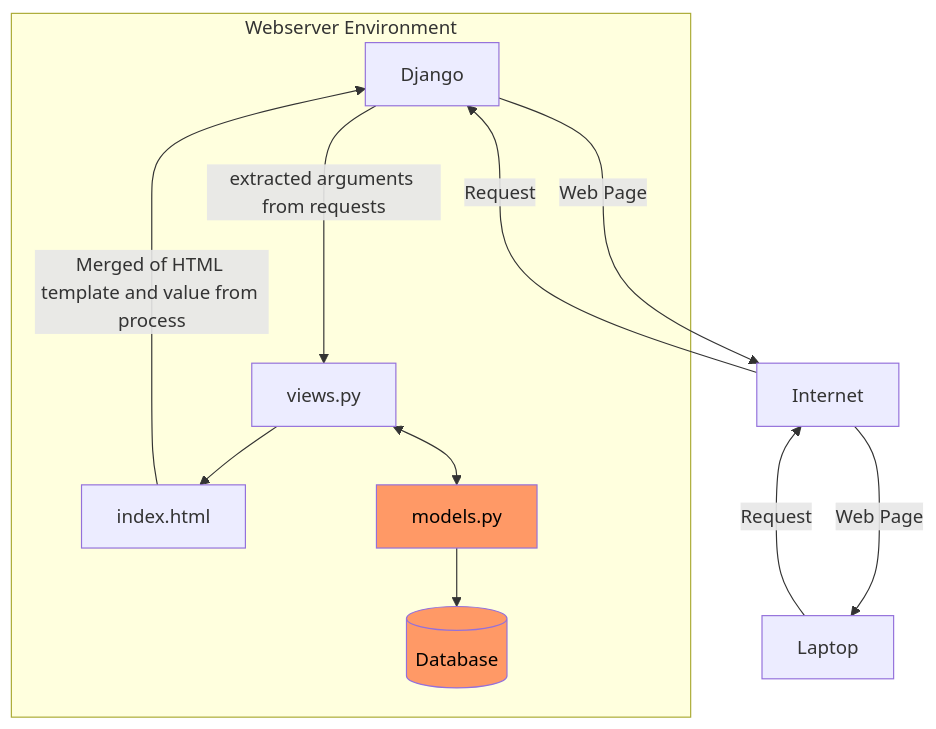
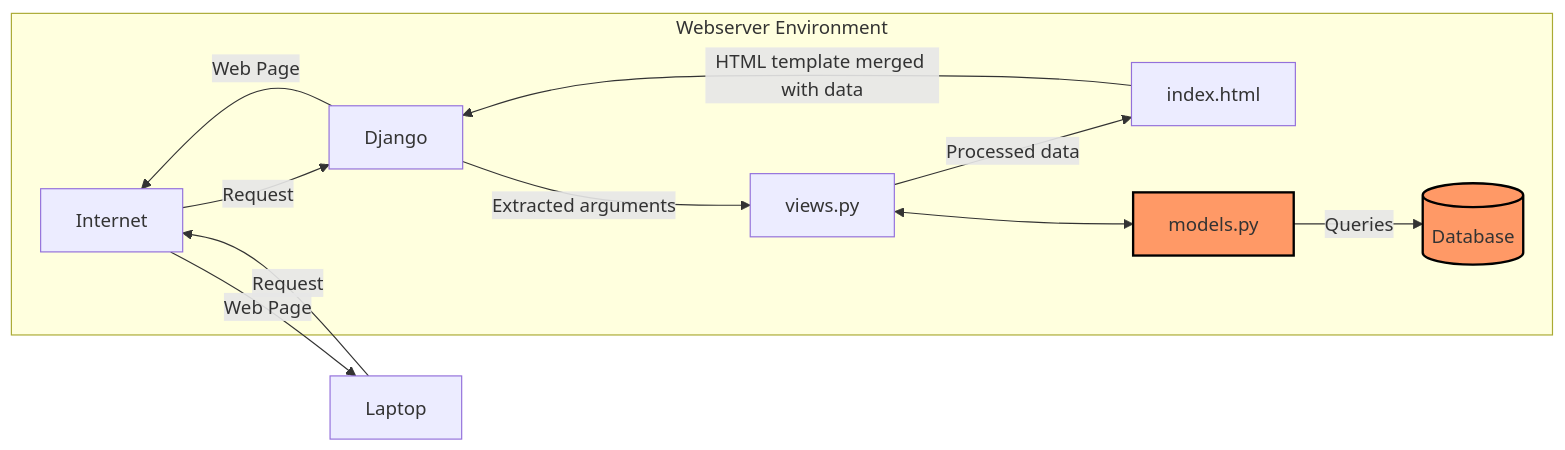
The diagram in README.md (AthallahD/amajon), drawn with Mermaid before and after one commit.

````diff
--- a/README.md
+++ b/README.md
@@ -137,17 +137,18 @@
 ```mermaid
-flowchart TD
-  subgraph Webserver Environment
-  Django -- extracted arguments from requests ---> views.py
-  views.py --> index.html
-  views.py <--> models.py:::database
-  models.py:::database --> DB[(Database)]:::database
-  index.html -- Merged of HTML template and value from process ---> Django
+flowchart LR
+  subgraph "Webserver Environment"
+    Internet -- Request --> Django
+    Django -- Extracted arguments --> views.py
+    views.py -- Processed data --> index.html
+    views.py <--> models.py:::database
+    models.py:::database -- Queries --> DB[(Database)]:::database
+    index.html -- HTML template merged with data --> Django
+    Django -- Web Page --> Internet
   end
 
-  Django --Web Page---> Internet
-  Internet --Request---> Django
-  Internet --Web Page---> Laptop
-  Laptop --Request--->Internet
-  
-  classDef database fill:#f96,color:#000
+  Laptop -- Request --> Internet
+  Internet -- Web Page --> Laptop
+
+  classDef database fill:#f96,stroke:#000,stroke-width:2px;
+
 ```
````
